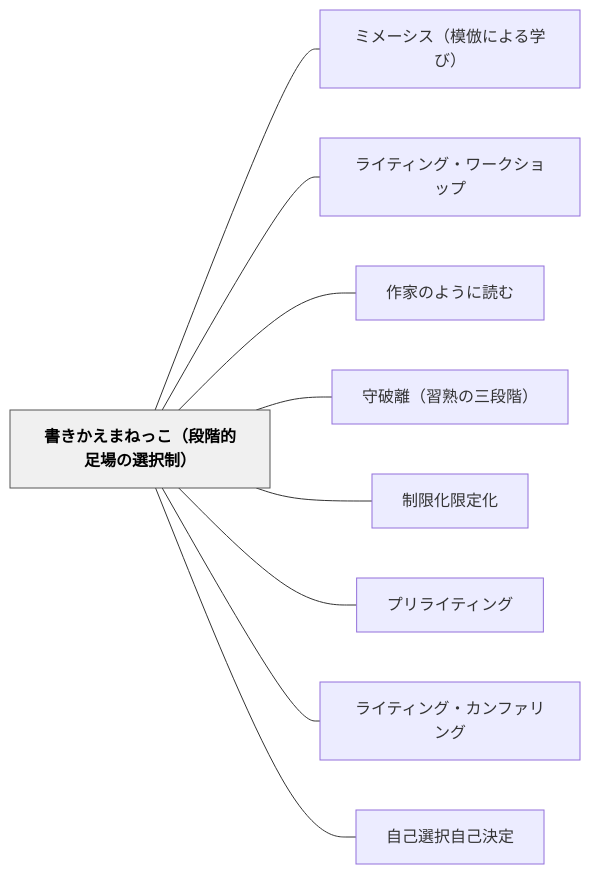
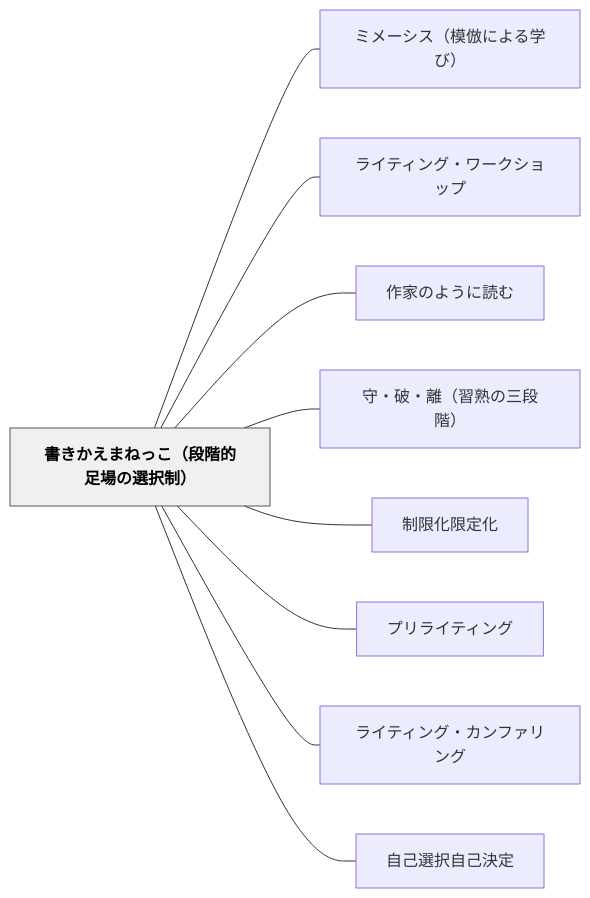
One commit to unknownthings-ed-patterns/unknownthings-ed-patterns changed the diagram in content/パタン/書きかえまねっこ（段階的足場の選択制）.md. Above: the diagram before and after it, drawn with Mermaid. The commit also changed other lines of this file and 234 other files, not shown here.

````diff
--- a/content/パタン/書きかえまねっこ（段階的足場の選択制）.md
+++ b/content/パタン/書きかえまねっこ（段階的足場の選択制）.md
@@ -125,24 +125,24 @@
 ```mermaid
 flowchart LR
     ne69bb8e3818de3818be38188e381bee381ade381a3e38193efbc88e6aeb5e99a8ee79a84e8b6b3e5a0b4e381aee981b8e68a9ee588b6efbc89["書きかえまねっこ（段階的足場の選択制）"]
     ne3839fe383a1e383bce382b7e382b9efbc88e6a8a1e580a3e381abe38288e3828be5ada6e381b3efbc89["ミメーシス（模倣による学び）"]
     ne383a9e382a4e38386e382a3e383b3e382b0e383bbe383afe383bce382afe382b7e383a7e38383e38397["ライティング・ワークショップ"]
     ne4bd9ce5aeb6e381aee38288e38186e381abe8aaade38280["作家のように読む"]
-    ne5ae88e7a0b4e99ba2efbc88e7bf92e7869fe381aee4b889e6aeb5e99a8eefbc89["守破離（習熟の三段階）"]
+    ne5ae88e383bbe7a0b4e383bbe99ba2efbc88e7bf92e7869fe381aee4b889e6aeb5e99a8eefbc89["守・破・離（習熟の三段階）"]
     ne588b6e99990e58c96e99990e5ae9ae58c96["制限化限定化"]
     ne38397e383aae383a9e382a4e38386e382a3e383b3e382b0["プリライティング"]
     ne383a9e382a4e38386e382a3e383b3e382b0e383bbe382abe383b3e38395e382a1e383aae383b3e382b0["ライティング・カンファリング"]
     ne887aae5b7b1e981b8e68a9ee887aae5b7b1e6b1bae5ae9a["自己選択自己決定"]
 
     ne69bb8e3818de3818be38188e381bee381ade381a3e38193efbc88e6aeb5e99a8ee79a84e8b6b3e5a0b4e381aee981b8e68a9ee588b6efbc89 --- ne3839fe383a1e383bce382b7e382b9efbc88e6a8a1e580a3e381abe38288e3828be5ada6e381b3efbc89
     ne69bb8e3818de3818be38188e381bee381ade381a3e38193efbc88e6aeb5e99a8ee79a84e8b6b3e5a0b4e381aee981b8e68a9ee588b6efbc89 --- ne383a9e382a4e38386e382a3e383b3e382b0e383bbe383afe383bce382afe382b7e383a7e38383e38397
     ne69bb8e3818de3818be38188e381bee381ade381a3e38193efbc88e6aeb5e99a8ee79a84e8b6b3e5a0b4e381aee981b8e68a9ee588b6efbc89 --- ne4bd9ce5aeb6e381aee38288e38186e381abe8aaade38280
-    ne69bb8e3818de3818be38188e381bee381ade381a3e38193efbc88e6aeb5e99a8ee79a84e8b6b3e5a0b4e381aee981b8e68a9ee588b6efbc89 --- ne5ae88e7a0b4e99ba2efbc88e7bf92e7869fe381aee4b889e6aeb5e99a8eefbc89
+    ne69bb8e3818de3818be38188e381bee381ade381a3e38193efbc88e6aeb5e99a8ee79a84e8b6b3e5a0b4e381aee981b8e68a9ee588b6efbc89 --- ne5ae88e383bbe7a0b4e383bbe99ba2efbc88e7bf92e7869fe381aee4b889e6aeb5e99a8eefbc89
     ne69bb8e3818de3818be38188e381bee381ade381a3e38193efbc88e6aeb5e99a8ee79a84e8b6b3e5a0b4e381aee981b8e68a9ee588b6efbc89 --- ne588b6e99990e58c96e99990e5ae9ae58c96
     ne69bb8e3818de3818be38188e381bee381ade381a3e38193efbc88e6aeb5e99a8ee79a84e8b6b3e5a0b4e381aee981b8e68a9ee588b6efbc89 --- ne38397e383aae383a9e382a4e38386e382a3e383b3e382b0
     ne69bb8e3818de3818be38188e381bee381ade381a3e38193efbc88e6aeb5e99a8ee79a84e8b6b3e5a0b4e381aee981b8e68a9ee588b6efbc89 --- ne383a9e382a4e38386e382a3e383b3e382b0e383bbe382abe383b3e38395e382a1e383aae383b3e382b0
     ne69bb8e3818de3818be38188e381bee381ade381a3e38193efbc88e6aeb5e99a8ee79a84e8b6b3e5a0b4e381aee981b8e68a9ee588b6efbc89 --- ne887aae5b7b1e981b8e68a9ee887aae5b7b1e6b1bae5ae9a
 
     classDef hub fill:#f0f0f0,stroke:#555,color:#000,font-weight:bold
     class ne69bb8e3818de3818be38188e381bee381ade381a3e38193efbc88e6aeb5e99a8ee79a84e8b6b3e5a0b4e381aee981b8e68a9ee588b6efbc89 hub
 ```
````
